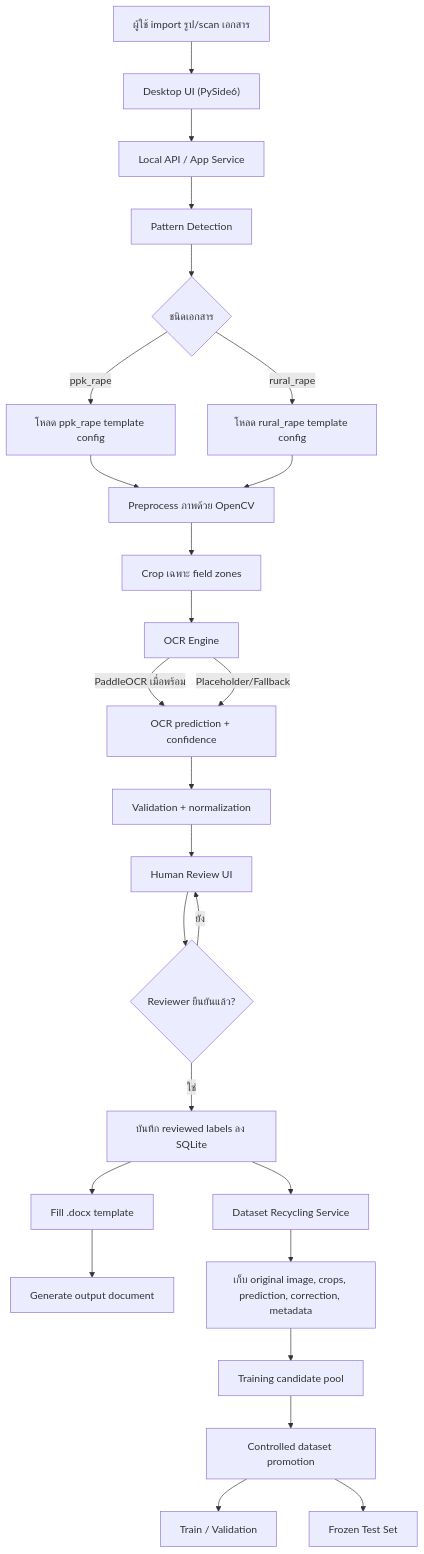
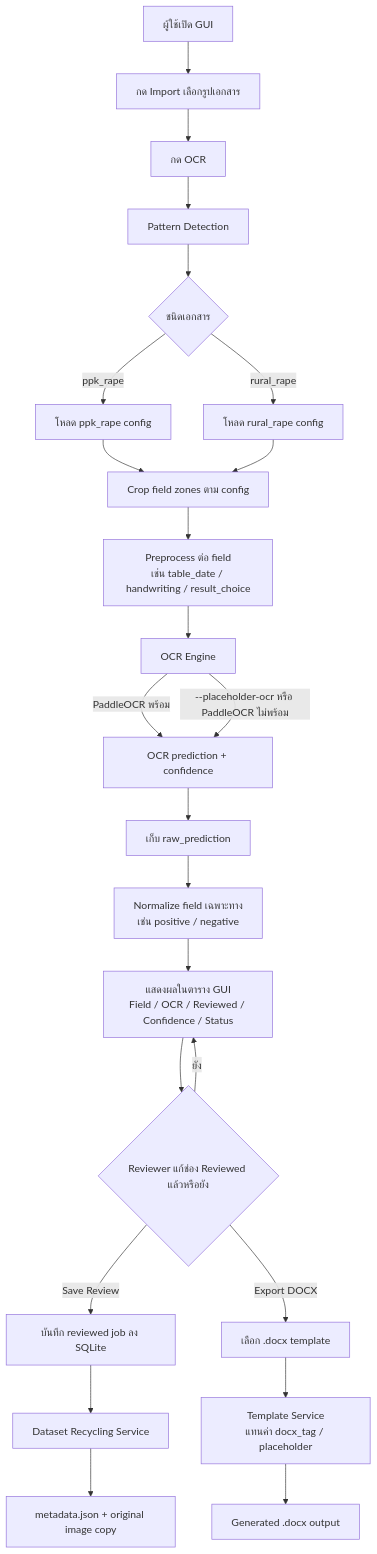
The second of 9 diagrams in docs/architecture.md (DoctorKS/Rape_OCR), drawn with Mermaid before and after one commit. The commit also changed other lines of this file and 1 other file, not shown here.

Commit message:
docs: update full application flow diagrams

````diff
--- a/docs/architecture.md
+++ b/docs/architecture.md
@@ -8,28 +34,26 @@
 ```mermaid
 flowchart TD
-    A["ผู้ใช้ import รูป/scan เอกสาร"] --> B["Desktop UI (PySide6)"]
-    B --> C["Local API / App Service"]
+    A["ผู้ใช้เปิด GUI"] --> B["กด Import เลือกรูปเอกสาร"]
+    B --> C["กด OCR"]
     C --> D["Pattern Detection"]
     D --> E{"ชนิดเอกสาร"}
-    E -->|"ppk_rape"| F["โหลด ppk_rape template config"]
-    E -->|"rural_rape"| G["โหลด rural_rape template config"]
-    F --> H["Preprocess ภาพด้วย OpenCV"]
+    E -->|"ppk_rape"| F["โหลด ppk_rape config"]
+    E -->|"rural_rape"| G["โหลด rural_rape config"]
+    F --> H["Crop field zones ตาม config"]
     G --> H
-    H --> I["Crop เฉพาะ field zones"]
+    H --> I["Preprocess ต่อ field\nเช่น table_date / handwriting / result_choice"]
     I --> J["OCR Engine"]
-    J -->|"PaddleOCR เมื่อพร้อม"| K["OCR prediction + confidence"]
-    J -->|"Placeholder/Fallback"| K
-    K --> L["Validation + normalization"]
-    L --> M["Human Review UI"]
-    M --> N{"Reviewer ยืนยันแล้ว?"}
-    N -->|"ยัง"| M
-    N -->|"ใช่"| O["บันทึก reviewed labels ลง SQLite"]
-    O --> P["Fill .docx template"]
-    P --> Q["Generate output document"]
-    O --> R["Dataset Recycling Service"]
-    R --> S["เก็บ original image, crops, prediction, correction, metadata"]
-    S --> T["Training candidate pool"]
-    T --> U["Controlled dataset promotion"]
-    U --> V["Train / Validation"]
-    U --> W["Frozen Test Set"]
+    J -->|"PaddleOCR พร้อม"| K["OCR prediction + confidence"]
+    J -->|"--placeholder-ocr หรือ PaddleOCR ไม่พร้อม"| K
+    K --> L["เก็บ raw_prediction"]
+    L --> M["Normalize field เฉพาะทาง\nเช่น positive / negative"]
+    M --> N["แสดงผลในตาราง GUI\nField / OCR / Reviewed / Confidence / Status"]
+    N --> O{"Reviewer แก้ช่อง Reviewed แล้วหรือยัง"}
+    O -->|"ยัง"| N
+    O -->|"Save Review"| P["บันทึก reviewed job ลง SQLite"]
+    P --> Q["Dataset Recycling Service"]
+    Q --> R["metadata.json + original image copy"]
+    O -->|"Export DOCX"| S["เลือก .docx template"]
+    S --> T["Template Service\nแทนค่า docx_tag / placeholder"]
+    T --> U["Generated .docx output"]
 ```
````
